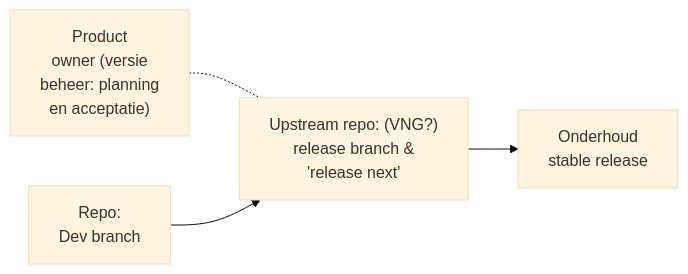
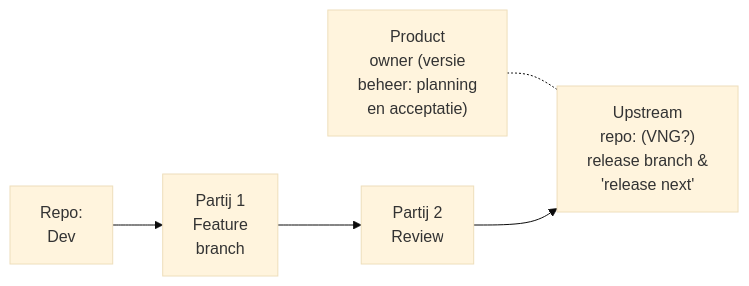
One commit to open-zaak/samenwerken changed the fourth of 8 diagrams in docs/verslag-ecosysteem-en-rollen.md. Above: the diagram before and after it, drawn with Mermaid (base theme). The commit also changed other lines of this file, not shown here.

````diff
--- a/docs/verslag-ecosysteem-en-rollen.md
+++ b/docs/verslag-ecosysteem-en-rollen.md
@@ -154,13 +151,19 @@
 ```mermaid
 graph LR
     %% Nodes
-    Dev1["Repo:<br/>Dev branch"]
-    Upstream["Upstream repo: (VNG?)<br/>release branch &<br/>'release next'"]
+    Dev1["Repo:<br/>Dev"]
+    FeatP1["Partij 1<br/>Feature<br/>branch"]
+    ReviewP2["Partij 2<br/>Review"]
+    Upstream["Upstream<br/>repo: (VNG?)<br/>release branch &<br/>'release next'"]
     PO["Product<br/>owner (versie<br/>beheer: planning<br/>en acceptatie)"]
-    Maint["Onderhoud<br/>stable release"]
 
     %% Connections
+    
+    %% PO Logic (dotted line for oversight)
     PO -.- Upstream
-    Dev1 --> Upstream
-    Upstream --> Maint
+
+    %% Workflow 1
+    Dev1 --> FeatP1
+    FeatP1 --> ReviewP2
+    ReviewP2 --> Upstream
 ```
````
